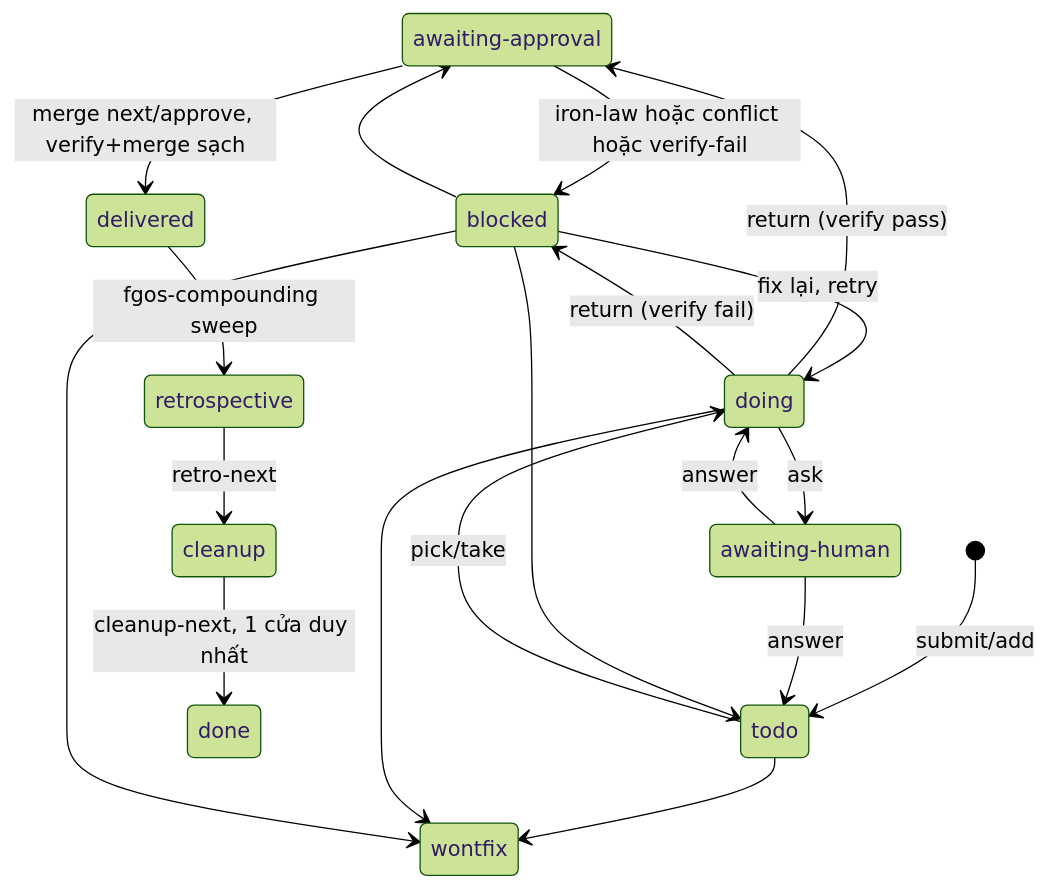
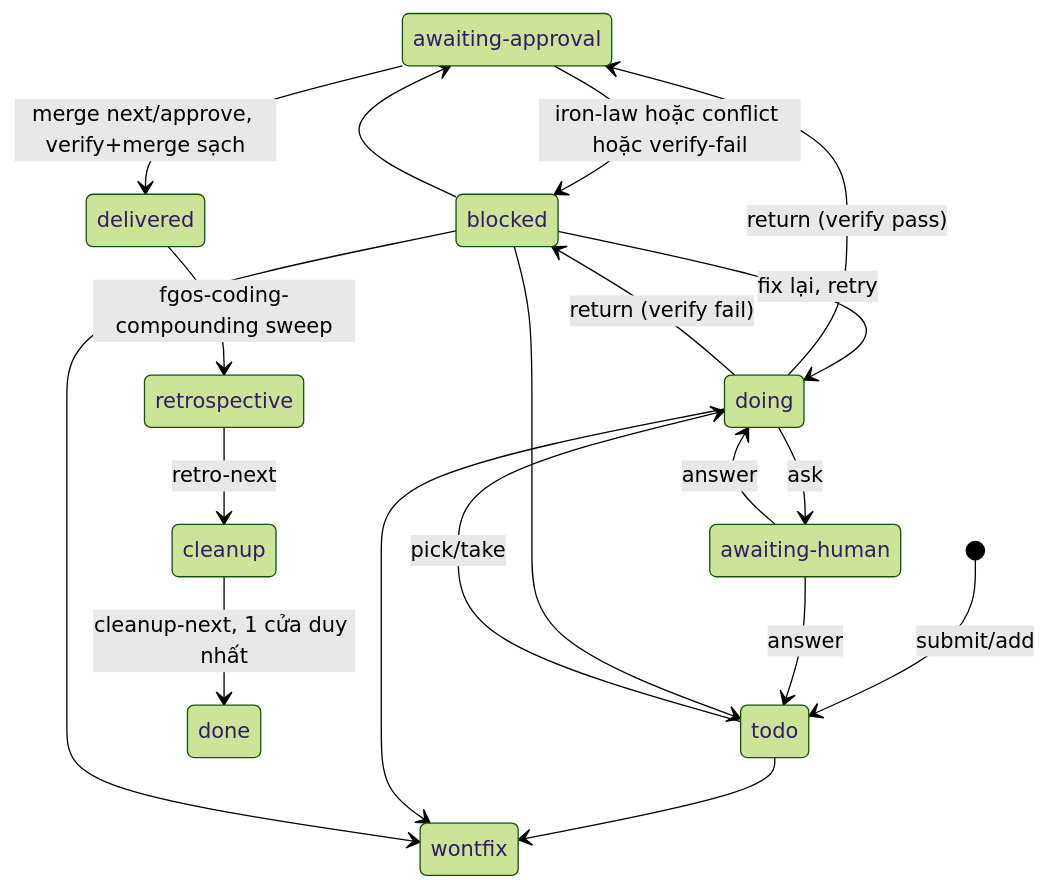
Before and after one commit to vantt/forgent: the fifth of 5 diagrams in plans/reports/internal-research-260803-2223-fgos-pick-lifecycle-diagrams-report.md, drawn with Mermaid (forest theme). The commit also changed other lines of this file and 671 other files, not shown here.

````diff
--- a/plans/reports/internal-research-260803-2223-fgos-pick-lifecycle-diagrams-report.md
+++ b/plans/reports/internal-research-260803-2223-fgos-pick-lifecycle-diagrams-report.md
@@ -182,24 +182,24 @@
 ```mermaid
 stateDiagram-v2
     state "awaiting-approval" as awaitingApproval
     state "awaiting-human" as awaitingHuman
 
     [*] --> todo: submit/add
     todo --> doing: pick/take
     doing --> awaitingApproval: return (verify pass)
     doing --> blocked: return (verify fail)
     doing --> awaitingHuman: ask
     awaitingHuman --> todo: answer
     awaitingHuman --> doing: answer
     blocked --> doing: fix lại, retry
     blocked --> todo
     blocked --> awaitingApproval
     awaitingApproval --> delivered: merge next/approve, verify+merge sạch
     awaitingApproval --> blocked: iron-law hoặc conflict hoặc verify-fail
     todo --> wontfix
     doing --> wontfix
     blocked --> wontfix
-    delivered --> retrospective: fgos-compounding sweep
+    delivered --> retrospective: fgos-coding-compounding sweep
     retrospective --> cleanup: retro-next
     cleanup --> done: cleanup-next, 1 cửa duy nhất
 ```
````
